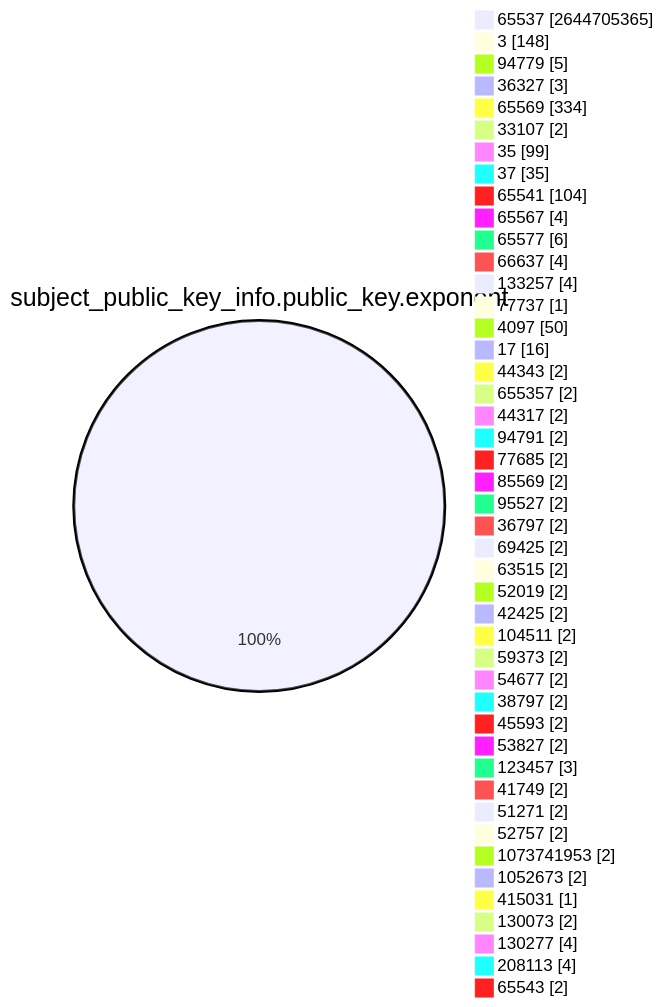
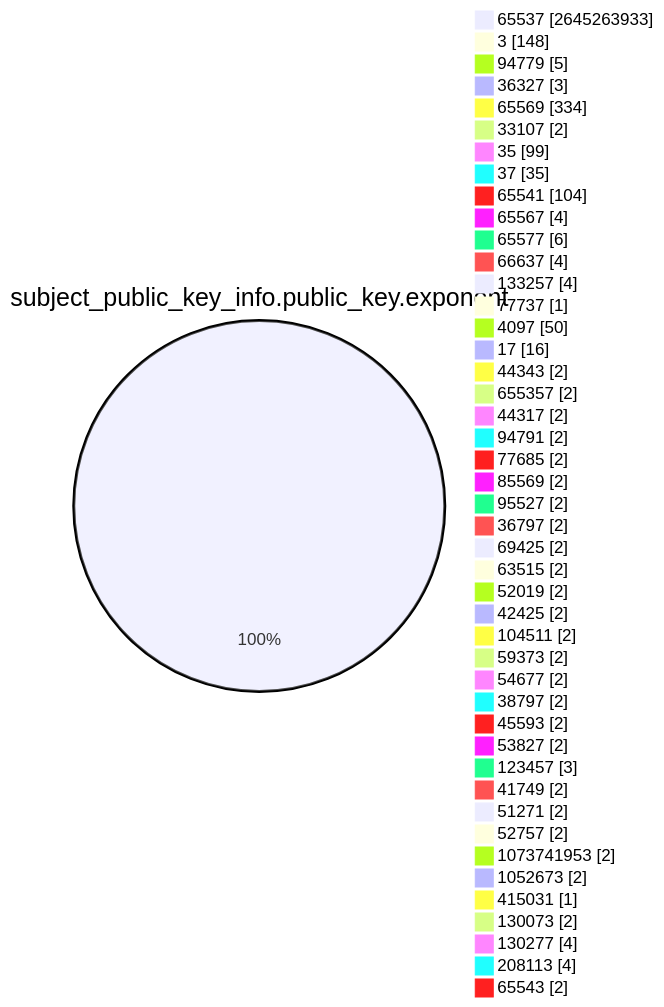
Before and after one commit to christiankrug/ctmonitor_visualization: the fourth of 15 diagrams in TOTAL/README.md, drawn with Mermaid. The commit also changed other lines of this file, not shown here.

````diff
--- a/TOTAL/README.md
+++ b/TOTAL/README.md
@@ -1467,49 +1467,49 @@
 ```mermaid
 pie showData
 title subject_public_key_info.public_key.exponent
-"65537" :2644705365
+"65537" :2645263933
 "3" :148
 "94779" :5
 "36327" :3
 "65569" :334
 "33107" :2
 "35" :99
 "37" :35
 "65541" :104
 "65567" :4
 "65577" :6
 "66637" :4
 "133257" :4
 "77737" :1
 "4097" :50
 "17" :16
 "44343" :2
 "655357" :2
 "44317" :2
 "94791" :2
 "77685" :2
 "85569" :2
 "95527" :2
 "36797" :2
 "69425" :2
 "63515" :2
 "52019" :2
 "42425" :2
 "104511" :2
 "59373" :2
 "54677" :2
 "38797" :2
 "45593" :2
 "53827" :2
 "123457" :3
 "41749" :2
 "51271" :2
 "52757" :2
 "1073741953" :2
 "1052673" :2
 "415031" :1
 "130073" :2
 "130277" :4
 "208113" :4
 "65543" :2
 ```
````
